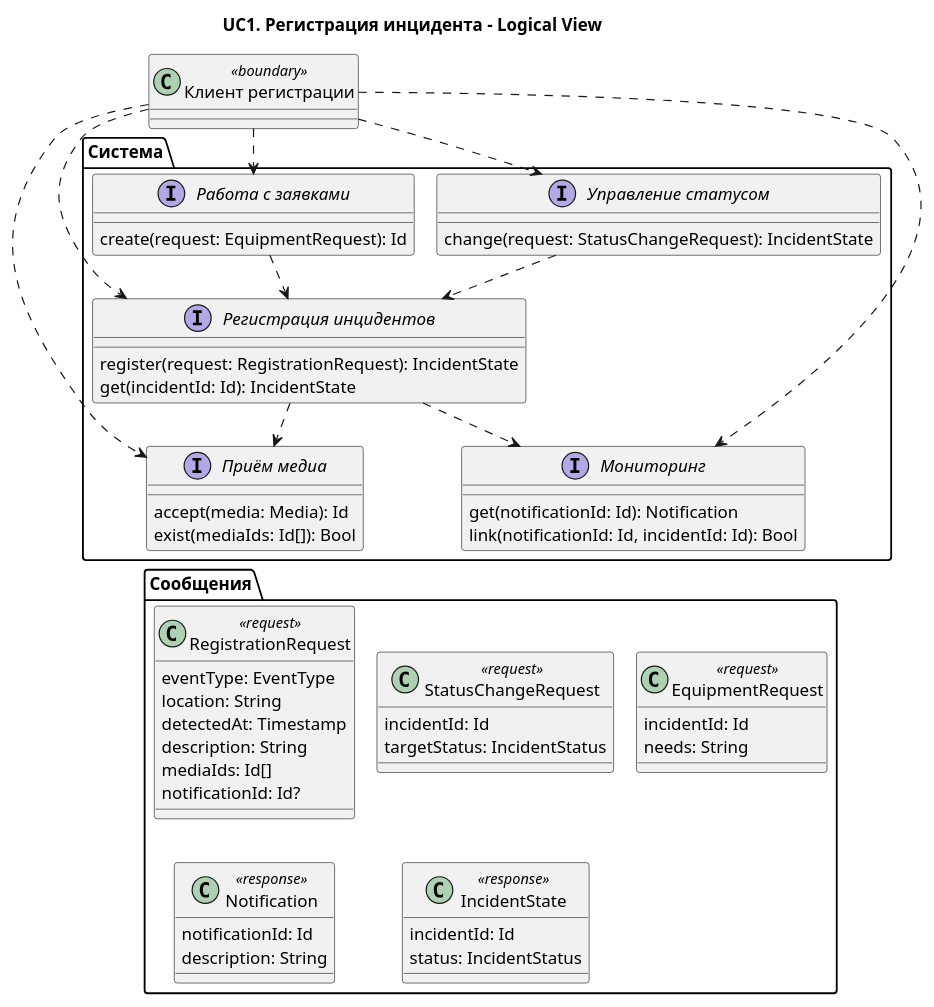
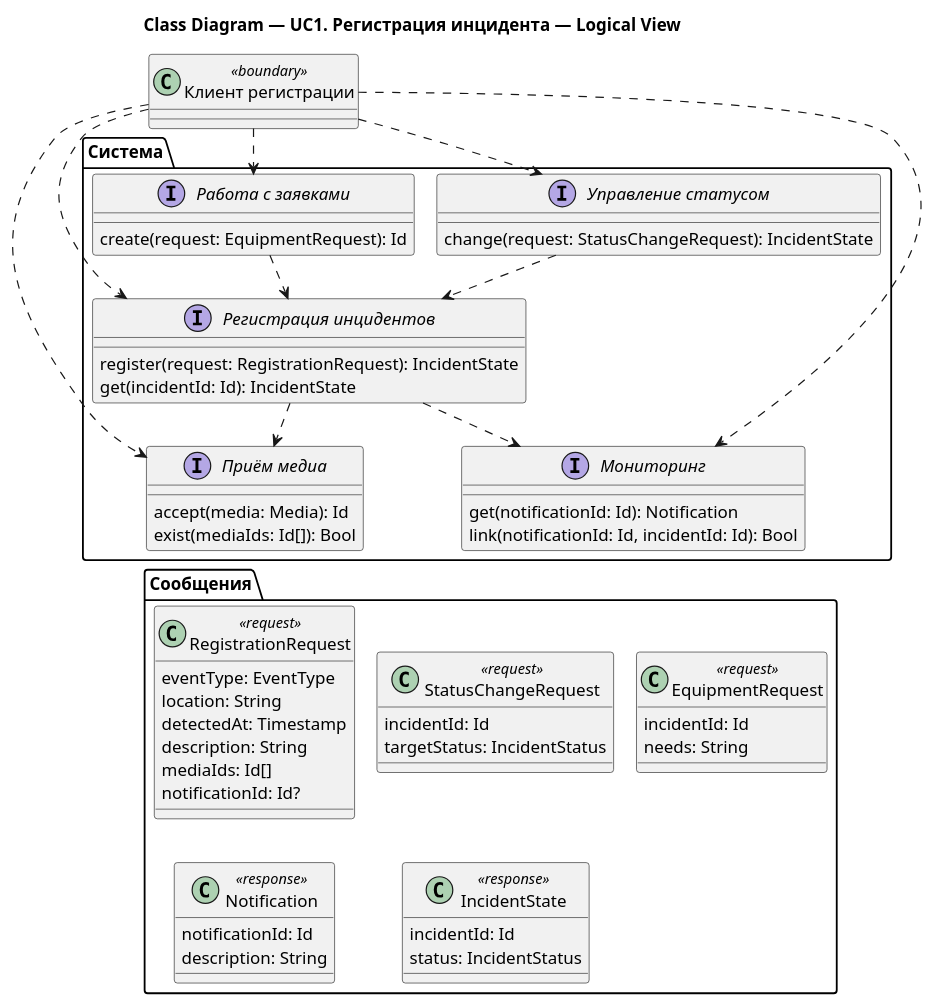
The second of 3 diagrams in docs/classes/UC1.md (Andryss/AIMS), drawn with PlantUML before and after one commit. The commit also changed other lines of this file and 31 other files, not shown here.

````diff
--- a/docs/classes/UC1.md
+++ b/docs/classes/UC1.md
@@ -34,7 +34,7 @@
 ```plantuml
 @startuml aims_uc1_logical_view
 !pragma layout smetana
-title UC1. Регистрация инцидента - Logical View
+title Class Diagram — UC1. Регистрация инцидента — Logical View
 
 skinparam classAttributeIconSize 0
 skinparam linetype ortho
````
